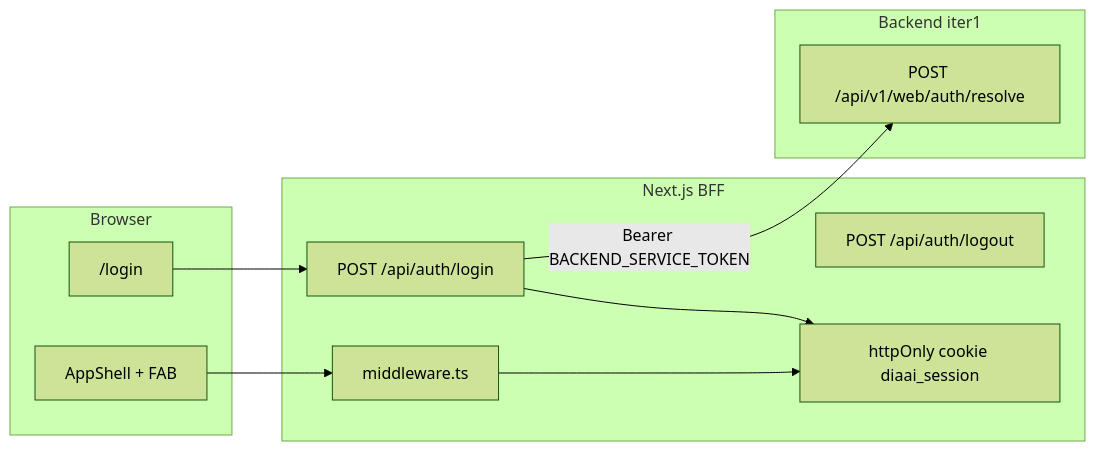
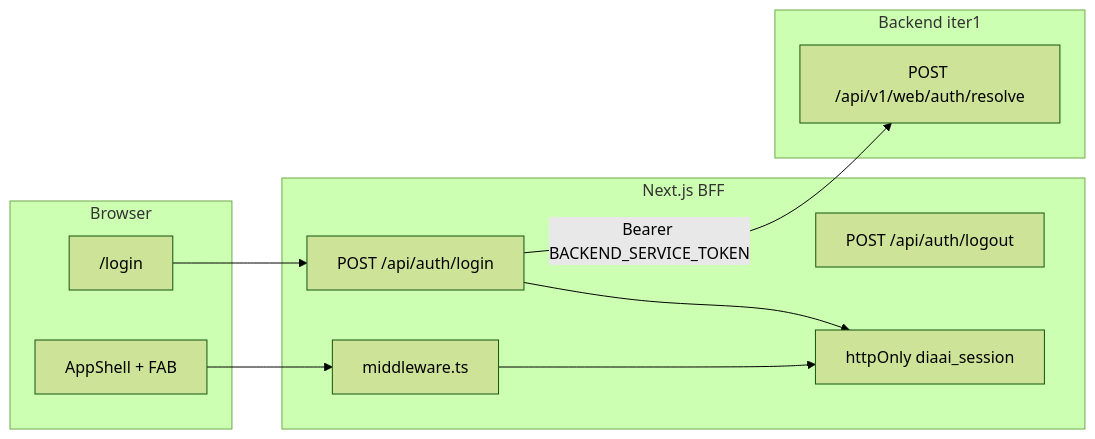
One commit to zatulik2606/diaai changed the diagram in docs/tasks/impl/frontend/iteration-2-scaffold/plan.md. Above: the diagram before and after it, drawn with Mermaid (forest theme). The commit also changed other lines of this file and 25 other files, not shown here.

````diff
--- a/docs/tasks/impl/frontend/iteration-2-scaffold/plan.md
+++ b/docs/tasks/impl/frontend/iteration-2-scaffold/plan.md
@@ -33,21 +54,21 @@
 ```mermaid
 flowchart LR
   subgraph browser [Browser]
     LoginPage["/login"]
     AppShell["AppShell + FAB"]
   end
   subgraph next [Next.js BFF]
     LoginRoute["POST /api/auth/login"]
     LogoutRoute["POST /api/auth/logout"]
     Middleware["middleware.ts"]
-    SessionCookie["httpOnly cookie diaai_session"]
+    SessionCookie["httpOnly diaai_session"]
   end
   subgraph backend [Backend iter1]
     Resolve["POST /api/v1/web/auth/resolve"]
   end
   LoginPage --> LoginRoute
   LoginRoute -->|"Bearer BACKEND_SERVICE_TOKEN"| Resolve
   LoginRoute --> SessionCookie
   Middleware --> SessionCookie
   AppShell --> Middleware
 ```
````
